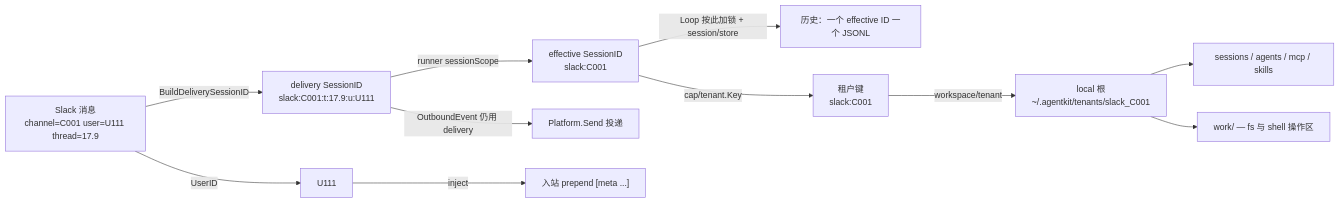
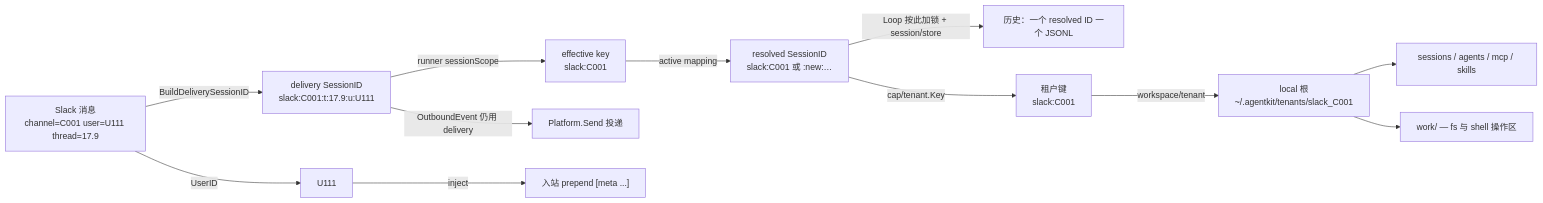
Before and after one commit to lengzhao/agentkit: the diagram in docs/guides/multi-tenant.zh.md, drawn with Mermaid. The commit also changed other lines of this file and 29 other files, not shown here.

First line of the commit message:
refactor(session): resolve active-session mapping in runner before dispatch

````diff
--- a/docs/guides/multi-tenant.zh.md
+++ b/docs/guides/multi-tenant.zh.md
@@ -13,14 +13,15 @@
 ```mermaid
 flowchart LR
   Msg["Slack 消息<br/>channel=C001 user=U111 thread=17.9"]
   Msg -->|BuildDeliverySessionID| D["delivery SessionID<br/>slack:C001:t:17.9:u:U111"]
-  D -->|runner sessionScope| E["effective SessionID<br/>slack:C001"]
+  D -->|runner sessionScope| E["effective key<br/>slack:C001"]
+  E -->|active mapping| S["resolved SessionID<br/>slack:C001 或 :new:…"]
   Msg -->|UserID| UID["U111"]
-  E -->|"Loop 按此加锁 + session/store"| Hist["历史：一个 effective ID 一个 JSONL"]
+  S -->|"Loop 按此加锁 + session/store"| Hist["历史：一个 resolved ID 一个 JSONL"]
   UID -->|inject| Attr["入站 prepend [meta ...]"]
-  E -->|"cap/tenant.Key"| TK["租户键<br/>slack:C001"]
+  S -->|"cap/tenant.Key"| TK["租户键<br/>slack:C001"]
   TK -->|workspace/tenant| Root["local 根<br/>~/.agentkit/tenants/slack_C001"]
   Root --> Runtime["sessions / agents / mcp / skills"]
   Root --> Work["work/ — fs 与 shell 操作区"]
   D -->|"OutboundEvent 仍用 delivery"| Reply["Platform.Send 投递"]
 ```
````
